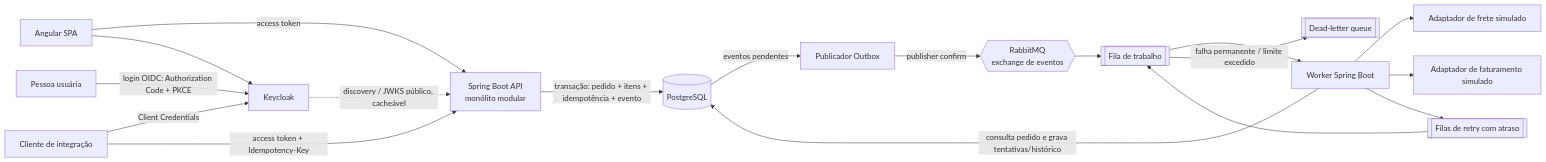
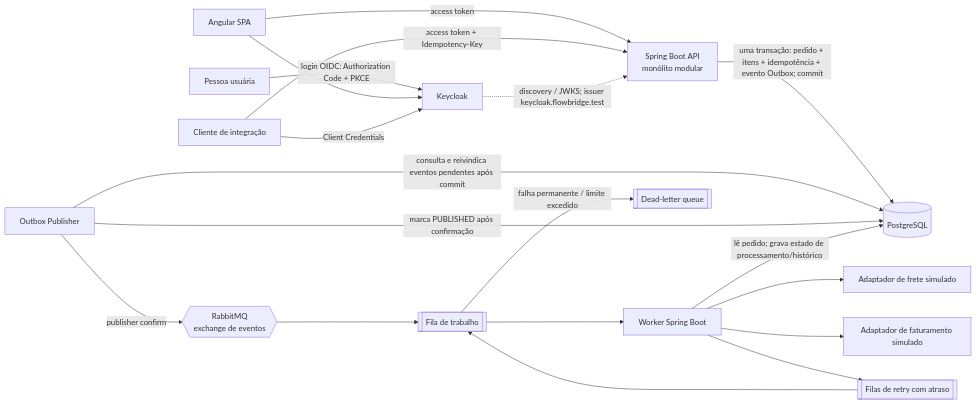
The first of 2 diagrams in docs/architecture/overview.md (lorran-camilo/flowbridge), drawn with Mermaid before and after one commit. The commit also changed other lines of this file and 20 other files, not shown here.

First line of the commit message:
docs: finalize FlowBridge Phase 0 documentation

````diff
--- a/docs/architecture/overview.md
+++ b/docs/architecture/overview.md
@@ -22,20 +22,21 @@
 ```mermaid
 flowchart LR
   Person[Pessoa usuária] -->|login OIDC: Authorization Code + PKCE| KC[Keycloak]
   Browser[Angular SPA] -->|access token| API[Spring Boot API\nmonólito modular]
   Browser --> KC
   Client[Cliente de integração] -->|Client Credentials| KC
   Client -->|access token + Idempotency-Key| API
-  API -->|transação: pedido + itens + idempotência + evento| PG[(PostgreSQL)]
-  PG -->|eventos pendentes| Publisher[Publicador Outbox]
+  API -->|uma transação: pedido + itens + idempotência + evento Outbox; commit| PG[(PostgreSQL)]
+  Publisher[Outbox Publisher] -->|consulta e reivindica eventos pendentes após commit| PG
   Publisher -->|publisher confirm| Exchange{{RabbitMQ\nexchange de eventos}}
+  Publisher -->|marca PUBLISHED após confirmação| PG
   Exchange --> WorkQ[[Fila de trabalho]]
   WorkQ --> Worker[Worker Spring Boot]
-  Worker -->|consulta pedido e grava tentativas/histórico| PG
+  Worker -->|lê pedido; grava estado de processamento/histórico| PG
   Worker --> Freight[Adaptador de frete simulado]
   Worker --> Billing[Adaptador de faturamento simulado]
   Worker --> RetryQ[[Filas de retry com atraso]]
   RetryQ --> WorkQ
   WorkQ -->|falha permanente / limite excedido| DLQ[[Dead-letter queue]]
-  KC -.->|discovery / JWKS público, cacheável| API
+  KC -.->|discovery / JWKS; issuer keycloak.flowbridge.test| API
 ```
````
